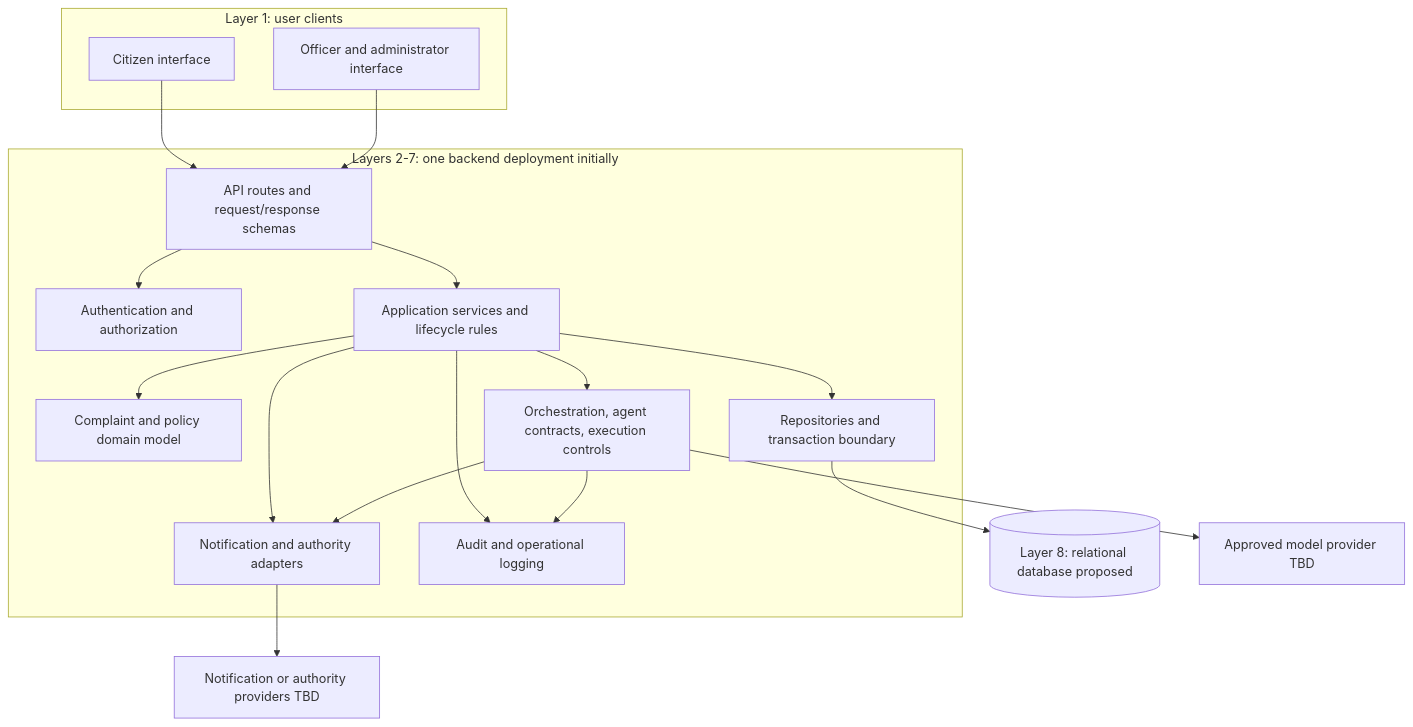
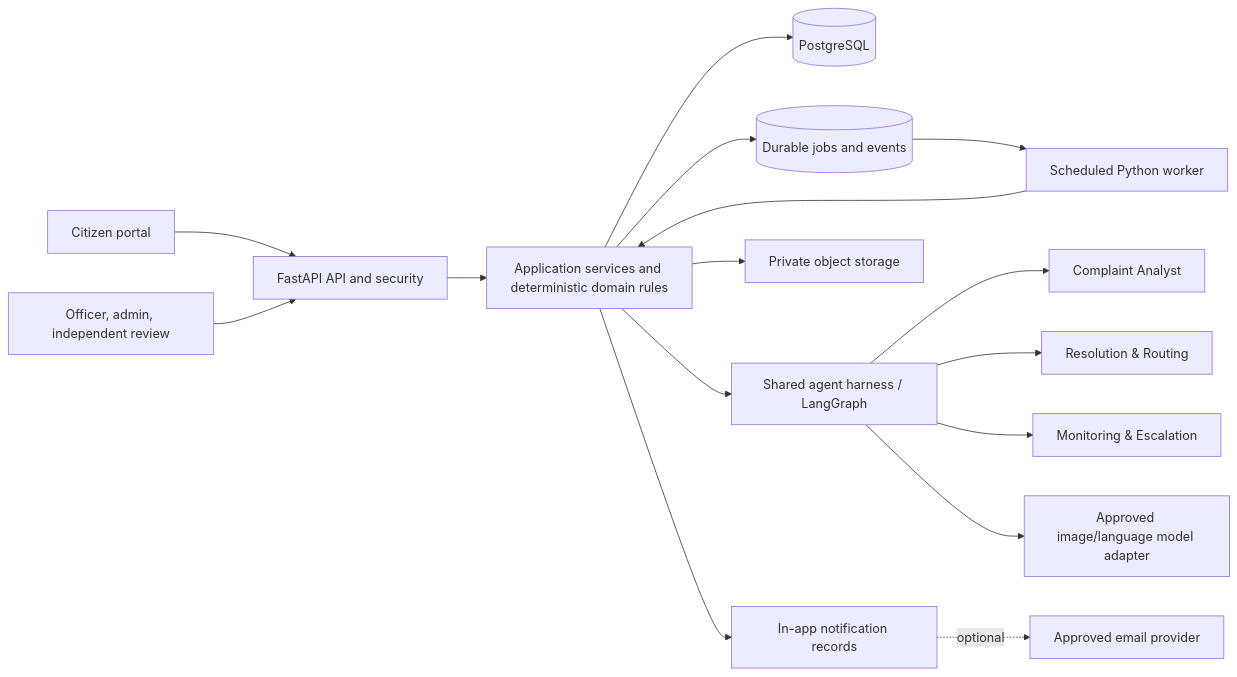
The diagram in docs/architecture/system-architecture.md (rachitkumargupta/SamadhanAi), drawn with Mermaid before and after one commit. The commit also changed other lines of this file and 21 other files, not shown here.

````diff
--- a/docs/architecture/system-architecture.md
+++ b/docs/architecture/system-architecture.md
@@ -52,34 +28,18 @@
 ```mermaid
-flowchart TB
-    subgraph Users[Layer 1: user clients]
-        CitizenUI[Citizen interface]
-        StaffUI[Officer and administrator interface]
-    end
-    subgraph Backend[Layers 2-7: one backend deployment initially]
-        API[API routes and request/response schemas]
-        Security[Authentication and authorization]
-        Services[Application services and lifecycle rules]
-        Domain[Complaint and policy domain model]
-        AI[Orchestration, agent contracts, execution controls]
-        Integrations[Notification and authority adapters]
-        Persistence[Repositories and transaction boundary]
-        Audit[Audit and operational logging]
-        API --> Security
-        API --> Services
-        Services --> Domain
-        Services --> Persistence
-        Services --> AI
-        Services --> Integrations
-        Services --> Audit
-        AI --> Integrations
-        AI --> Audit
-    end
-    DB[(Layer 8: relational database proposed)]
-    LLM[Approved model provider TBD]
-    Providers[Notification or authority providers TBD]
-    CitizenUI --> API
-    StaffUI --> API
-    Persistence --> DB
-    AI --> LLM
-    Integrations --> Providers
+flowchart LR
+  Citizen[Citizen portal] --> API[FastAPI API and security]
+  Staff[Officer, admin, independent review] --> API
+  API --> App[Application services and deterministic domain rules]
+  App --> DB[(PostgreSQL)]
+  App --> Jobs[(Durable jobs and events)]
+  Jobs --> Worker[Scheduled Python worker]
+  Worker --> App
+  App --> Harness[Shared agent harness / LangGraph]
+  Harness --> Analyst[Complaint Analyst]
+  Harness --> Router[Resolution & Routing]
+  Harness --> Escalation[Monitoring & Escalation]
+  Harness --> Model[Approved image/language model adapter]
+  App --> Objects[Private object storage]
+  App --> Notify[In-app notification records]
+  Notify -. optional .-> Email[Approved email provider]
 ```
````
